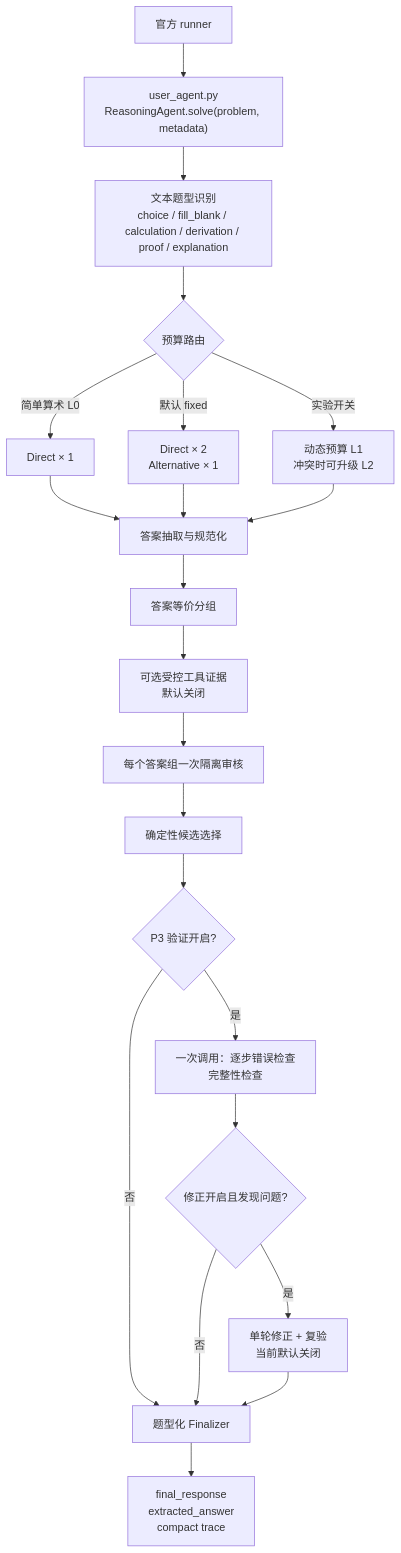
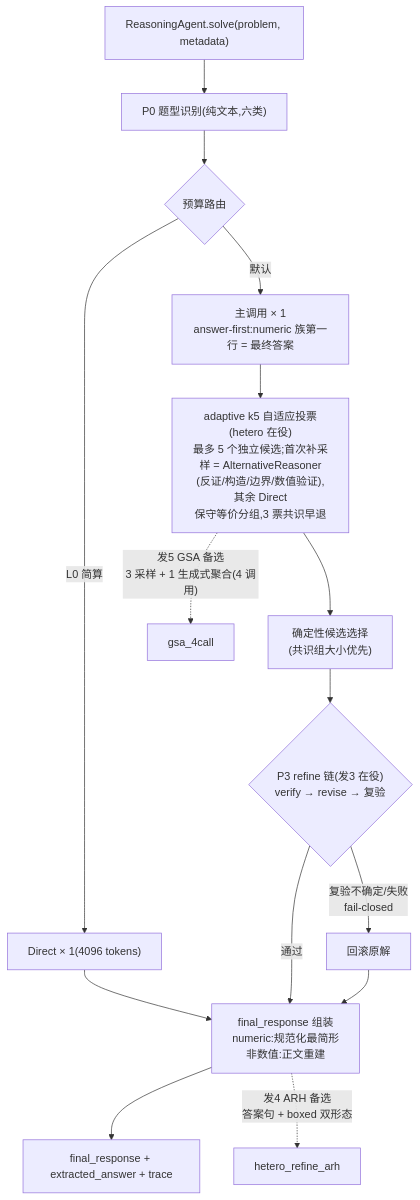
One commit to RUSS0718/Challenge-Cup-2026 changed the first of 2 diagrams in README.md. Above: the diagram before and after it, drawn with Mermaid. The commit also changed other lines of this file, not shown here.

Commit message:
docs: README 同步主线版——Mermaid 双架构图、目录结构、在役开关板

````diff
--- a/README.md
+++ b/README.md
@@ -19,24 +18,17 @@
 ```mermaid
 flowchart TD
-    runner["官方 runner"] --> entry["user_agent.py\nReasoningAgent.solve(problem, metadata)"]
-    entry --> classify["文本题型识别\nchoice / fill_blank / calculation / derivation / proof / explanation"]
+    entry["ReasoningAgent.solve(problem, metadata)"] --> classify["P0 题型识别(纯文本,六类)"]
     classify --> route{"预算路由"}
-    route -->|"简单算术 L0"| direct["Direct × 1"]
-    route -->|"默认 fixed"| heterogeneous["Direct × 2\nAlternative × 1"]
-    route -->|"实验开关"| experimental["动态预算 L1\n冲突时可升级 L2"]
-    direct --> extract["答案抽取与规范化"]
-    heterogeneous --> extract
-    experimental --> extract
-    extract --> groups["答案等价分组"]
-    groups --> evidence["可选受控工具证据\n默认关闭"]
-    evidence --> audit["每个答案组一次隔离审核"]
-    audit --> select["确定性候选选择"]
-    select --> verify{"P3 验证开启?"}
-    verify -->|"是"| p3["一次调用：逐步错误检查\n完整性检查"]
-    verify -->|"否"| finalizer["题型化 Finalizer"]
-    p3 --> revision{"修正开启且发现问题?"}
-    revision -->|"是"| revise["单轮修正 + 复验\n当前默认关闭"]
-    revision -->|"否"| finalizer
-    revise --> finalizer
-    finalizer --> output["final_response\nextracted_answer\ncompact trace"]
+    route -->|"L0 简算"| l0["Direct × 1(4096 tokens)"]
+    route -->|"默认"| main1["主调用 × 1<br/>answer-first:numeric 族第一行 = 最终答案"]
+    l0 --> finalize
+    main1 --> vote["adaptive k5 自适应投票(hetero 在役)<br/>最多 5 个独立候选;首次补采样 = AlternativeReasoner<br/>(反证/构造/边界/数值验证),其余 Direct<br/>保守等价分组,3 票共识早退"]
+    vote --> select["确定性候选选择<br/>(共识组大小优先)"]
+    select --> refine{"P3 refine 链(发3 在役)<br/>verify → revise → 复验"}
+    refine -->|"复验不确定/失败<br/>fail-closed"| rollback["回滚原解"]
+    refine -->|"通过"| finalize["final_response 组装<br/>numeric:规范化最简形<br/>非数值:正文重建"]
+    rollback --> finalize
+    finalize --> out["final_response + extracted_answer + trace"]
+    vote -. "发5 GSA 备选<br/>3 采样 + 1 生成式聚合(4 调用)" .-> gsa["gsa_4call"]
+    finalize -. "发4 ARH 备选<br/>答案句 + boxed 双形态" .-> arh["hetero_refine_arh"]
 ```
````
